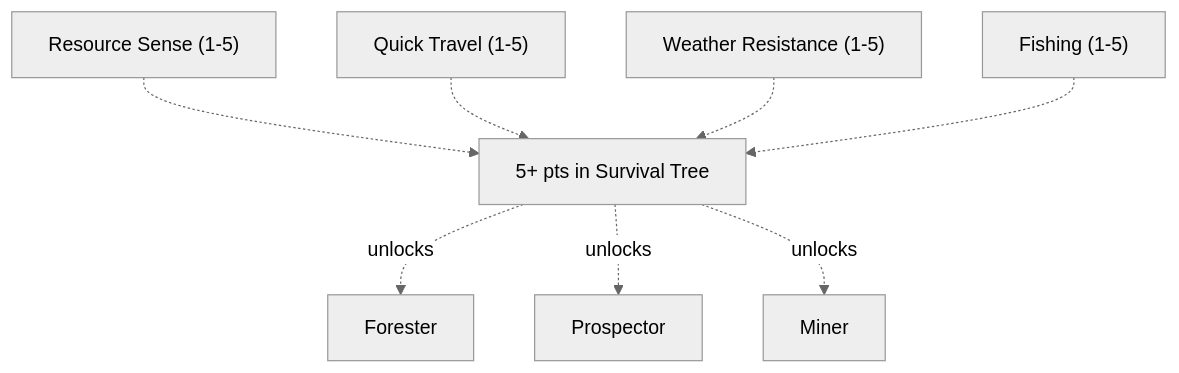
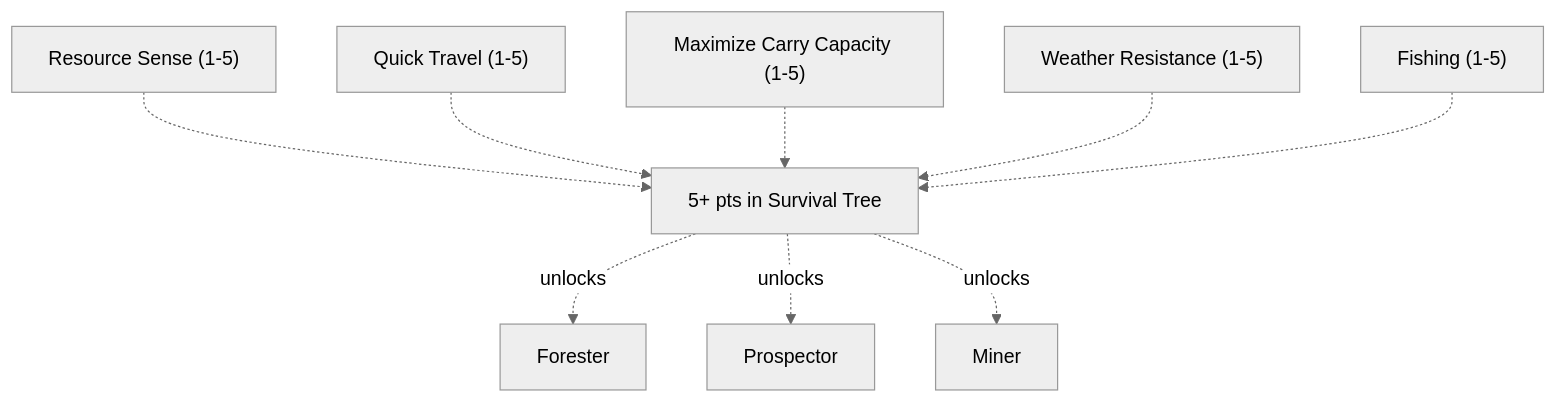
Before and after one commit to tfelix/bestia-docs: the sixth of 16 diagrams in content/docs/mechanics/master.md, drawn with Mermaid (neutral theme). The commit also changed other lines of this file, not shown here.

````diff
--- a/content/docs/mechanics/master.md
+++ b/content/docs/mechanics/master.md
@@ -733,19 +733,21 @@
 ```mermaid
 graph TD
     ResourceSense["Resource Sense (1-5)"]
     QuickTravel["Quick Travel (1-5)"]
+    MaximizeCarryCapacity["Maximize Carry Capacity (1-5)"]
     WeatherResistance["Weather Resistance (1-5)"]
     Fishing["Fishing (1-5)"]
     Gate["5+ pts in Survival Tree"]
     Forester["Forester"]
     Prospector["Prospector"]
     Miner["Miner"]
 
     ResourceSense -.-> Gate
     QuickTravel -.-> Gate
+    MaximizeCarryCapacity -.-> Gate
     WeatherResistance -.-> Gate
     Fishing -.-> Gate
     Gate -.->|unlocks| Forester
     Gate -.->|unlocks| Prospector
     Gate -.->|unlocks| Miner
 ```
````
